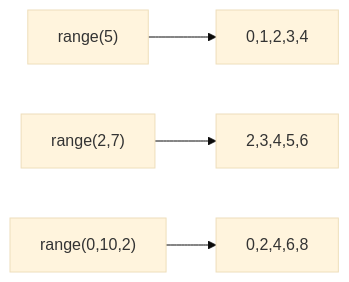
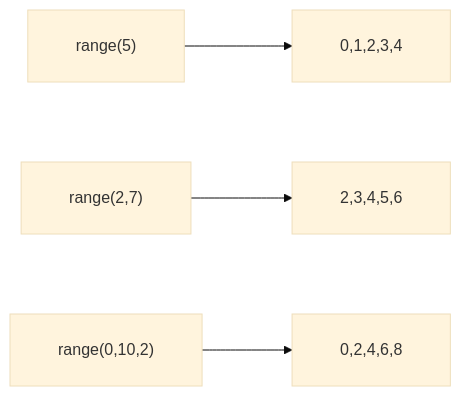
The sixth of 8 diagrams in SAL-2026/Python Basics - English/S03/NotesPresentation.md (ABVenu/salcurriculum), drawn with Mermaid (base theme) before and after one commit. The commit also changed other lines of this file and 820 other files, not shown here.

````diff
--- a/SAL-2026/Python Basics - English/S03/NotesPresentation.md
+++ b/SAL-2026/Python Basics - English/S03/NotesPresentation.md
@@ -312,6 +519,7 @@
 ```mermaid
+%%{init: {"flowchart": {"htmlLabels": false, "curve": "basis", "padding": 24, "nodeSpacing": 80, "rankSpacing": 90, "diagramPadding": 48}}}%%
 flowchart LR
-    R1["range(5)"] --> O1["0,1,2,3,4"]
-    R2["range(2,7)"] --> O2["2,3,4,5,6"]
-    R3["range(0,10,2)"] --> O3["0,2,4,6,8"]
+    R1["  range(5)  "] --> O1["  0,1,2,3,4  "]
+    R2["  range(2,7)  "] --> O2["  2,3,4,5,6  "]
+    R3["  range(0,10,2)  "] --> O3["  0,2,4,6,8  "]
 ```
````
